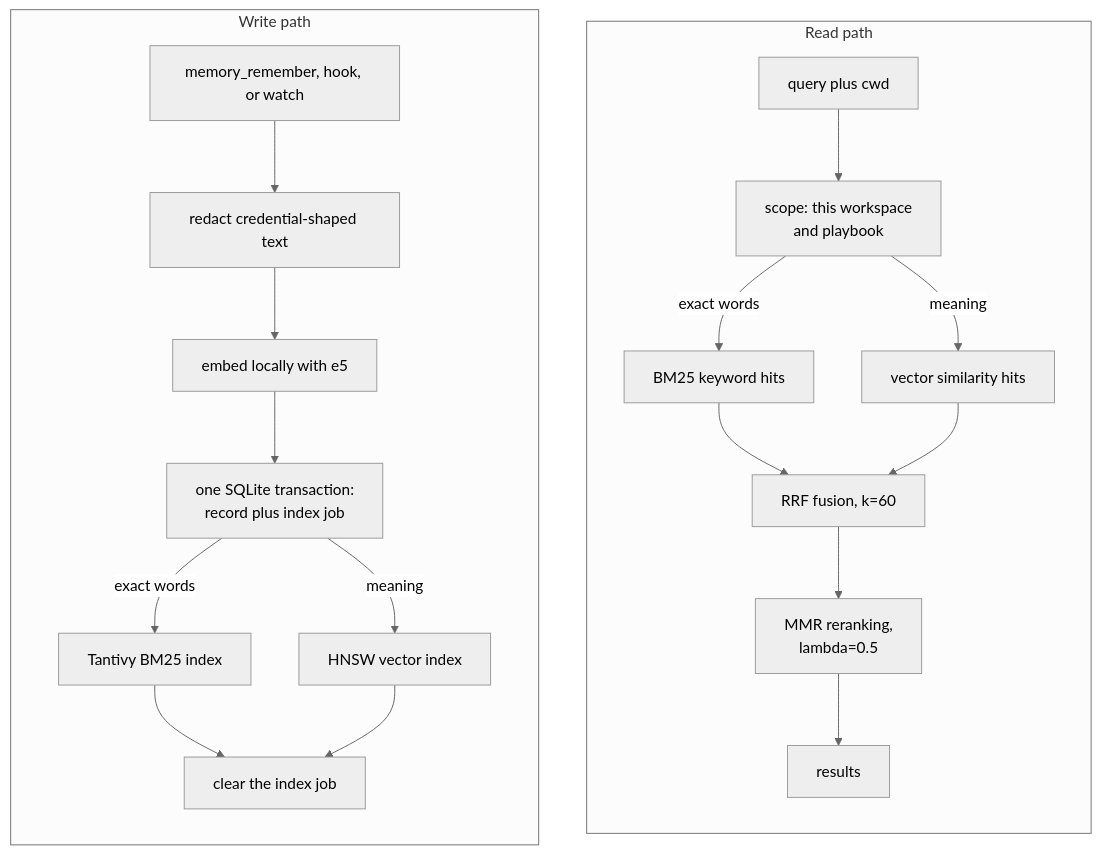
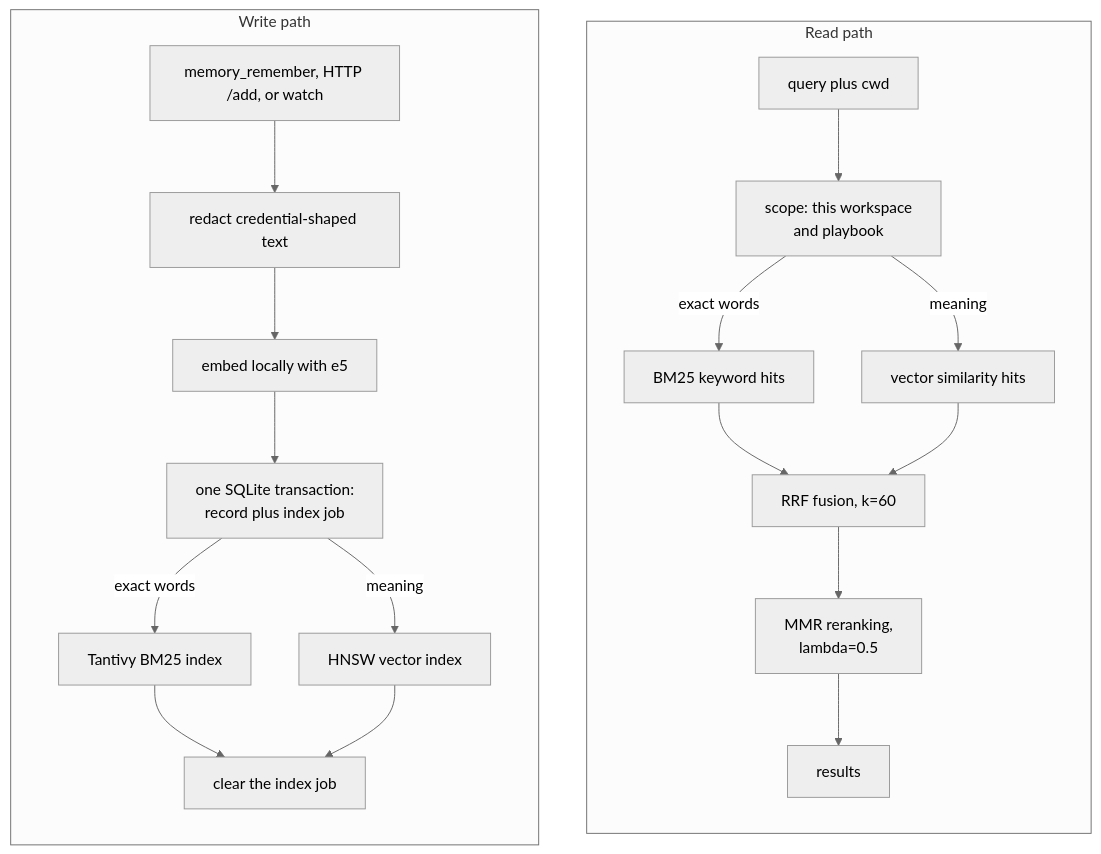
Before and after one commit to Blue-B/memnest: the first of 2 diagrams in README.md, drawn with Mermaid (neutral theme). The commit also changed other lines of this file and 6 other files, not shown here.

First line of the commit message:
docs: correct the README against the code, redraw the architecture diagrams

````diff
--- a/README.md
+++ b/README.md
@@ -32,24 +34,24 @@
 ```mermaid
 flowchart TD
     subgraph read["Read path"]
         direction TB
         R1["query plus cwd"] --> R2["scope: this workspace<br/>and playbook"]
         R2 -->|"exact words"| R3["BM25 keyword hits"]
         R2 -->|"meaning"| R4["vector similarity hits"]
         R3 --> R5["RRF fusion, k=60"]
         R4 --> R5
         R5 --> R6["MMR reranking,<br/>lambda=0.5"]
         R6 --> R7["results"]
     end
 
     subgraph write["Write path"]
         direction TB
-        W1["memory_remember, hook, or watch"] --> W2["redact credential-shaped text"]
+        W1["memory_remember, HTTP /add, or watch"] --> W2["redact credential-shaped text"]
         W2 --> W3["embed locally with e5"]
         W3 --> W4["one SQLite transaction:<br/>record plus index job"]
         W4 -->|"exact words"| W5["Tantivy BM25 index"]
         W4 -->|"meaning"| W6["HNSW vector index"]
         W5 --> W7["clear the index job"]
         W6 --> W7
     end
 ```
````
